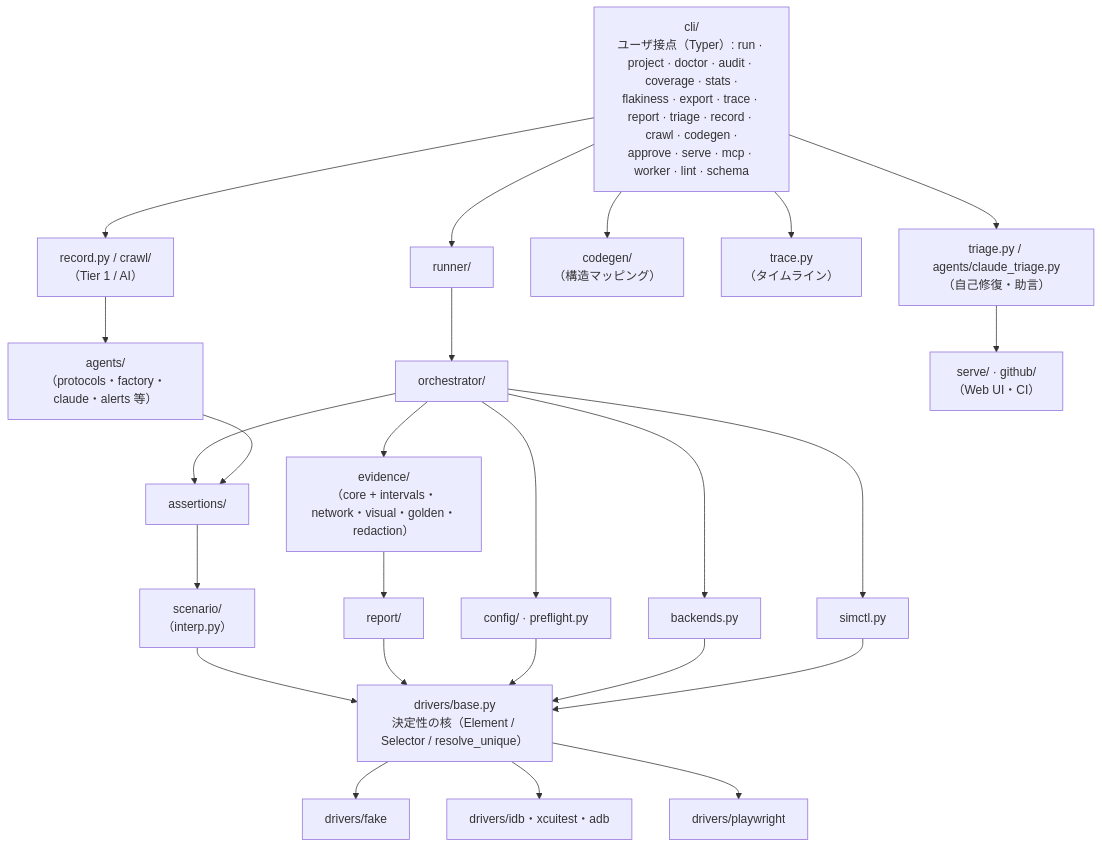
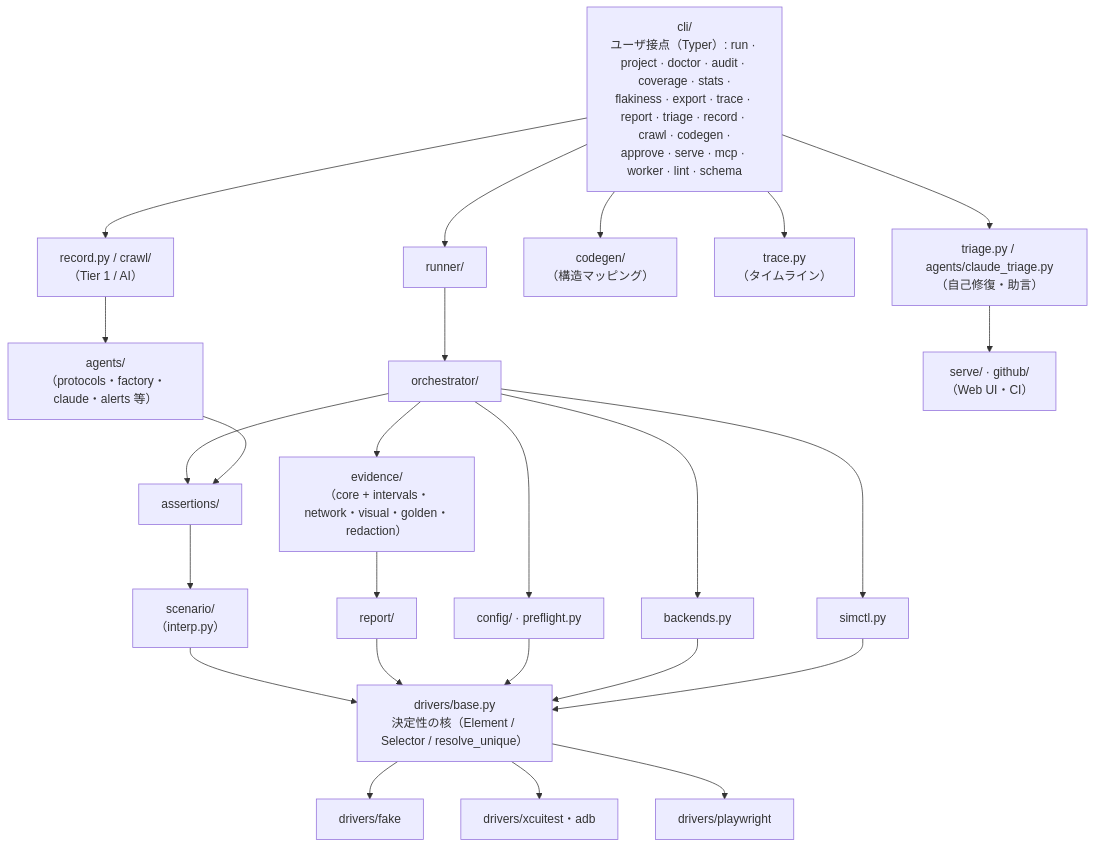
Before and after one commit to bajutsu-e2e/bajutsu: the second of 2 diagrams in docs/ja/architecture.md, drawn with Mermaid. The commit also changed other lines of this file and 244 other files, not shown here.

First line of the commit message:
feat(ios): make XCUITest the default iOS backend and remove idb

````diff
--- a/docs/ja/architecture.md
+++ b/docs/ja/architecture.md
@@ -130,59 +127,59 @@
 ```mermaid
 flowchart TB
     cli["cli/<br/>ユーザ接点（Typer）: run · project · doctor · audit · coverage · stats ·<br/>flakiness · export · trace · report · triage · record · crawl · codegen ·<br/>approve · serve · mcp · worker · lint · schema"]
 
     runner["runner/"]
     record["record.py / crawl/<br/>（Tier 1 / AI）"]
     codegen["codegen/<br/>（構造マッピング）"]
     trace["trace.py<br/>（タイムライン）"]
     triage["triage.py / agents/claude_triage.py<br/>（自己修復・助言）"]
 
     orch["orchestrator/"]
     agentStuff["agents/<br/>（protocols・factory・claude・alerts 等）"]
     serveGh["serve/ · github/<br/>（Web UI・CI）"]
 
     assertions["assertions/"]
     evidence["evidence/<br/>（core + intervals・network・visual・golden・redaction）"]
 
     scenario["scenario/<br/>（interp.py）"]
     report["report/"]
     config["config/ · preflight.py"]
     backends["backends.py"]
     simctl["simctl.py"]
 
     base["drivers/base.py<br/>決定性の核（Element / Selector / resolve_unique）"]
 
     fake["drivers/fake"]
-    ios["drivers/idb・xcuitest・adb"]
+    ios["drivers/xcuitest・adb"]
     pw["drivers/playwright"]
 
     cli --> runner
     cli --> record
     cli --> codegen
     cli --> trace
     cli --> triage
 
     runner --> orch
     record --> agentStuff
     triage --> serveGh
 
     orch --> assertions
     orch --> evidence
     agentStuff --> assertions
 
     assertions --> scenario
     evidence --> report
     orch --> config
     orch --> backends
     orch --> simctl
 
     scenario --> base
     report --> base
     config --> base
     backends --> base
     simctl --> base
 
     base --> fake
     base --> ios
     base --> pw
 ```
````
